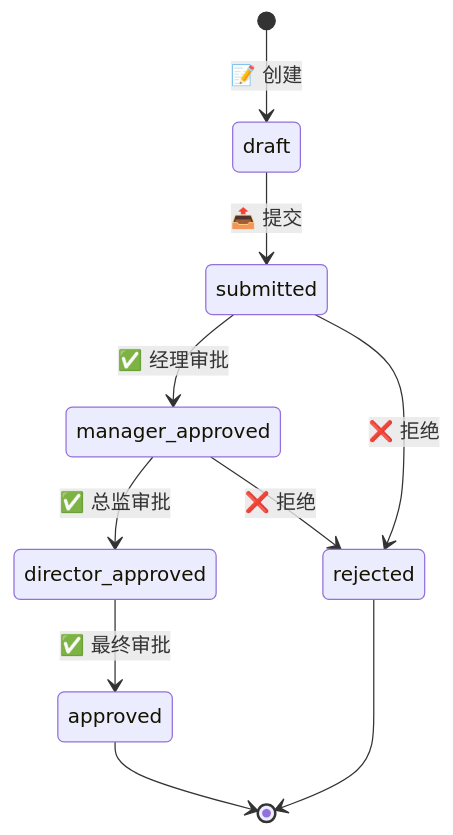
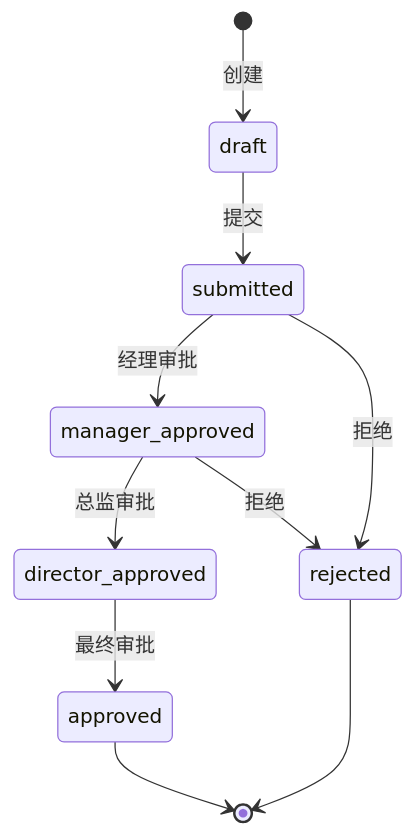
One commit to YearsAlso/zoo-framework-doc changed the fourth of 7 diagrams in docs/zh/core/statemachine.md. Above: the diagram before and after it, drawn with Mermaid. The commit also changed other lines of this file and 24 other files, not shown here.

First line of the commit message:
docs(site): 站点正式化与内容严肃化，附 bench 报告截图

````diff
--- a/docs/zh/core/statemachine.md
+++ b/docs/zh/core/statemachine.md
@@ -370,16 +370,16 @@
 ```mermaid
 stateDiagram-v2
-    [*] --> draft: 📝 创建
-    draft --> submitted: 📤 提交
+    [*] --> draft:  创建
+    draft --> submitted:  提交
     
-    submitted --> manager_approved: ✅ 经理审批
-    submitted --> rejected: ❌ 拒绝
+    submitted --> manager_approved:  经理审批
+    submitted --> rejected:  拒绝
     
-    manager_approved --> director_approved: ✅ 总监审批
-    manager_approved --> rejected: ❌ 拒绝
+    manager_approved --> director_approved:  总监审批
+    manager_approved --> rejected:  拒绝
     
-    director_approved --> approved: ✅ 最终审批
+    director_approved --> approved:  最终审批
     
     approved --> [*]
     rejected --> [*]
 ```
````
